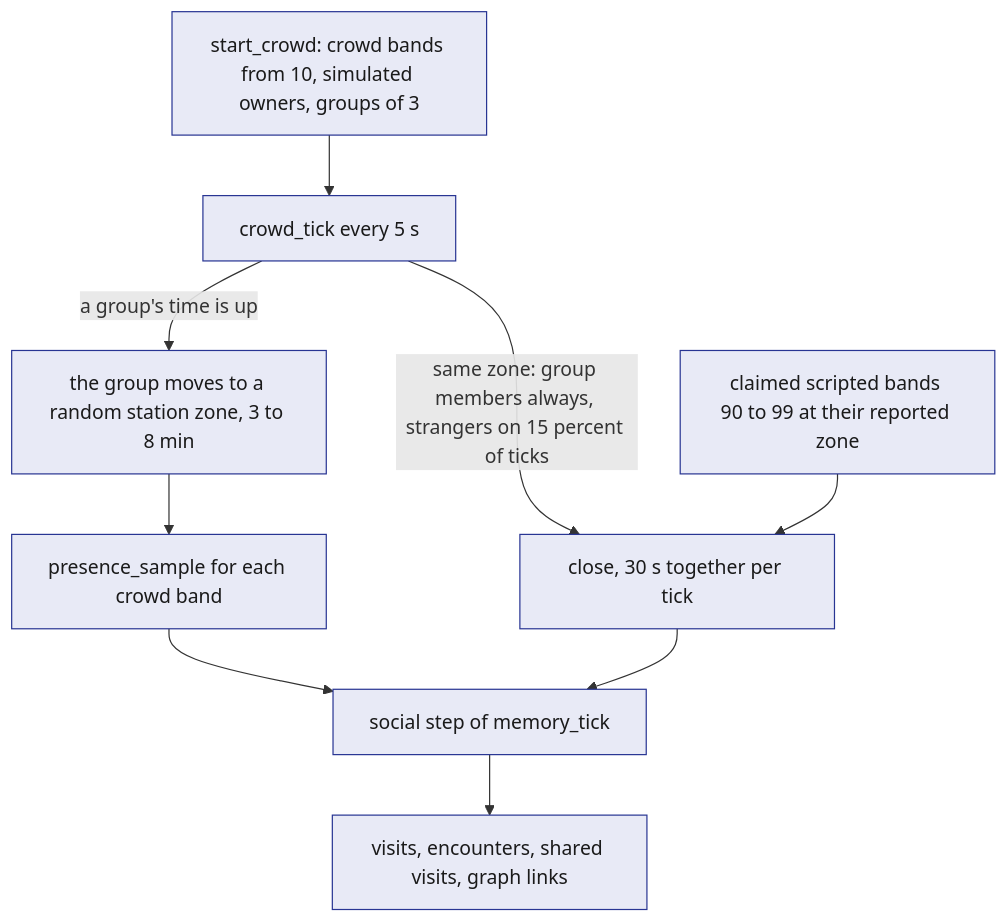
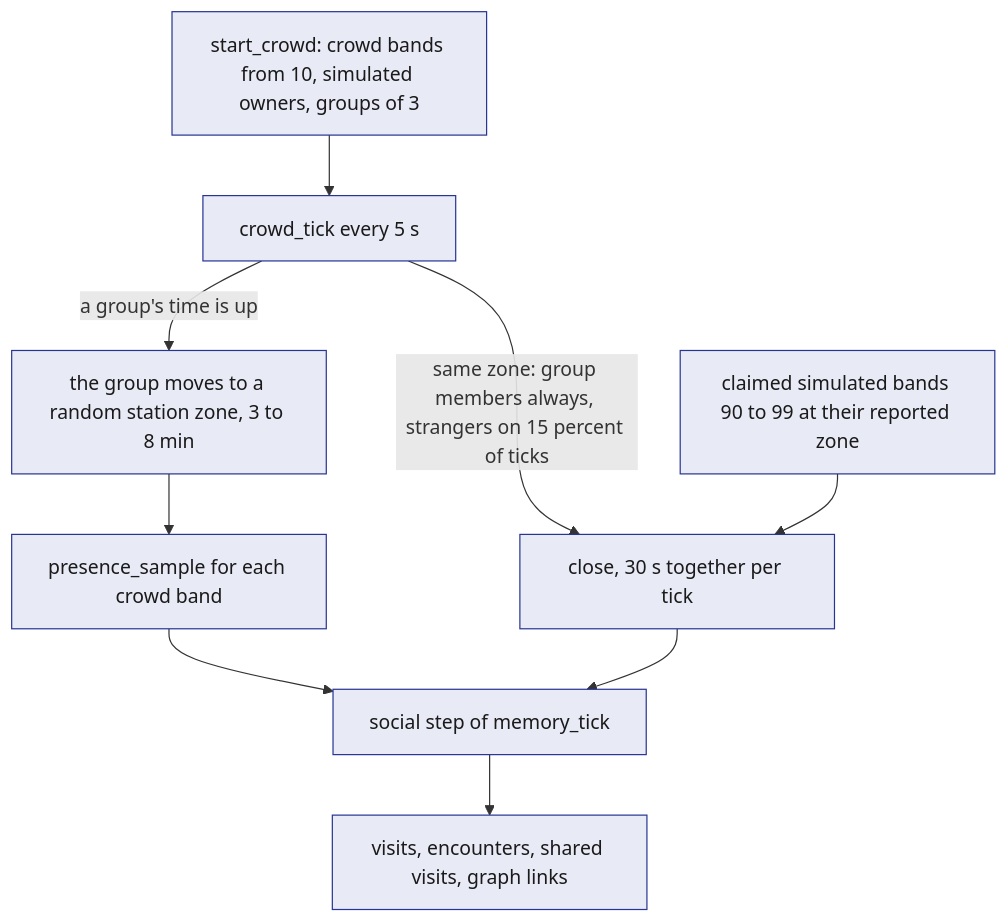
The first of 2 diagrams in System Design/3-services/Simulator.md (viktorinkov/cal-hacks-13), drawn with Mermaid before and after one commit. The commit also changed other lines of this file and 19 other files, not shown here.

````diff
--- a/System Design/3-services/Simulator.md
+++ b/System Design/3-services/Simulator.md
@@ -77,13 +77,13 @@
 ```mermaid
 flowchart TB
     SC["start_crowd: crowd bands from 10, simulated owners, groups of 3"] --> CT["crowd_tick every 5 s"]
     CT -->|"a group's time is up"| MV["the group moves to a random station zone, 3 to 8 min"]
     MV --> PS["presence_sample for each crowd band"]
     CT -->|"same zone: group members always, strangers on 15 percent of ticks"| CL["close, 30 s together per tick"]
-    DM["claimed scripted bands 90 to 99 at their reported zone"] --> CL
+    DM["claimed simulated bands 90 to 99 at their reported zone"] --> CL
     PS --> SS["social step of memory_tick"]
     CL --> SS
     SS --> OUT["visits, encounters, shared visits, graph links"]
     classDef stdb fill:#E8EAF6,stroke:#283593,color:#1A1A1A
     class SC,CT,MV,PS,CL,DM,SS,OUT stdb
 ```
````
